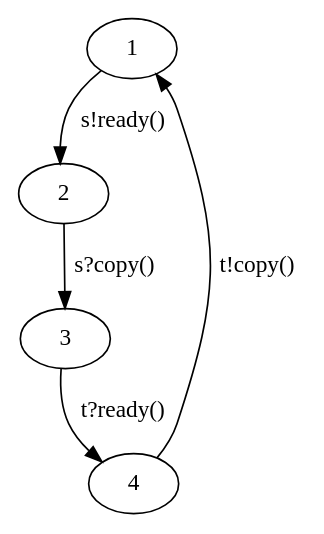
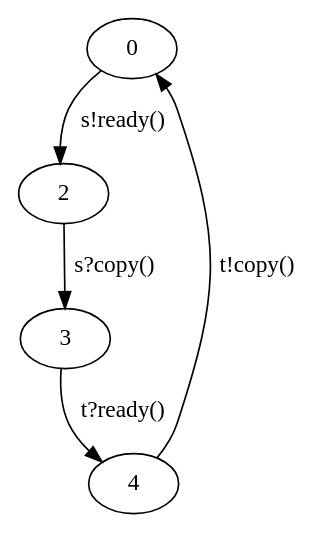
The diagram in examples/Running examples/double-buffering/k_expected.dot (zakcutner/rumpsteak), drawn with Graphviz before and after one commit. The commit also changed 2 other files, not shown here.

```diff
--- a/examples/Running examples/double-buffering/k_expected.dot
+++ b/examples/Running examples/double-buffering/k_expected.dot
@@ -1,13 +1,13 @@
 digraph k {
-  1;
+  0;
   2;
   3;
   4;
   
   
-  1 -> 2 [label="s!ready()", ];
+  0 -> 2 [label="s!ready()", ];
   2 -> 3 [label="s?copy()", ];
   3 -> 4 [label="t?ready()", ];
-  4 -> 1 [label="t!copy()", ];
+  4 -> 0 [label="t!copy()", ];
   
   }
```
